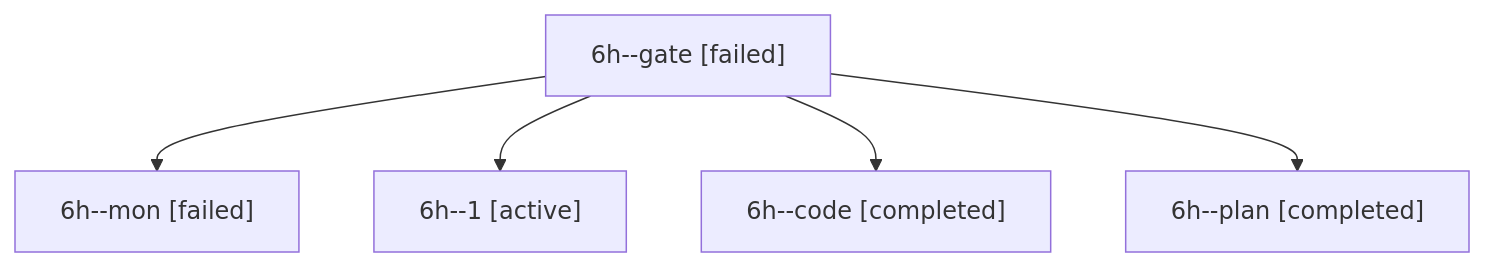
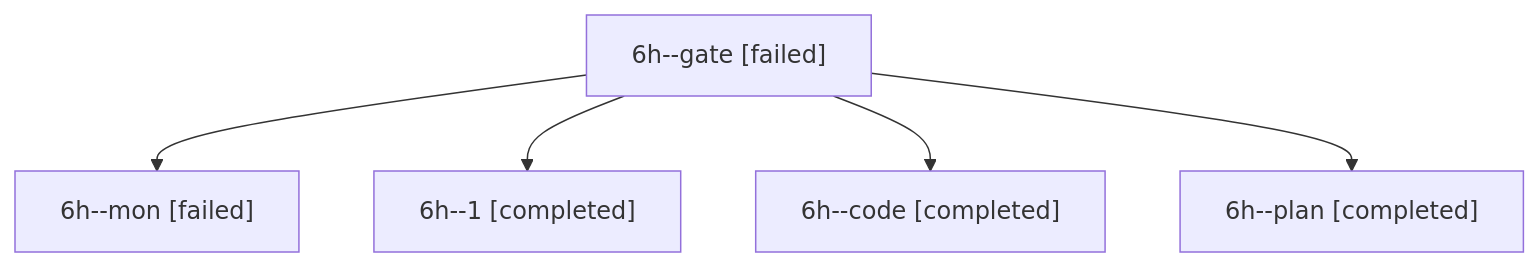
Before and after one commit to sase-org/sase--agents: the diagram in sessions/bbugyi200.apollo.6h.md, drawn with Mermaid. The commit also changed other lines of this file and 12 other files, not shown here.

````diff
--- a/sessions/bbugyi200.apollo.6h.md
+++ b/sessions/bbugyi200.apollo.6h.md
@@ -9,12 +9,12 @@
 ```mermaid
 flowchart TD
   n0["6h--gate [failed]"]
   n1["6h--mon [failed]"]
   n0 --> n1
-  n2["6h--1 [active]"]
+  n2["6h--1 [completed]"]
   n0 --> n2
   n3["6h--code [completed]"]
   n0 --> n3
   n4["6h--plan [completed]"]
   n0 --> n4
 ```
````
